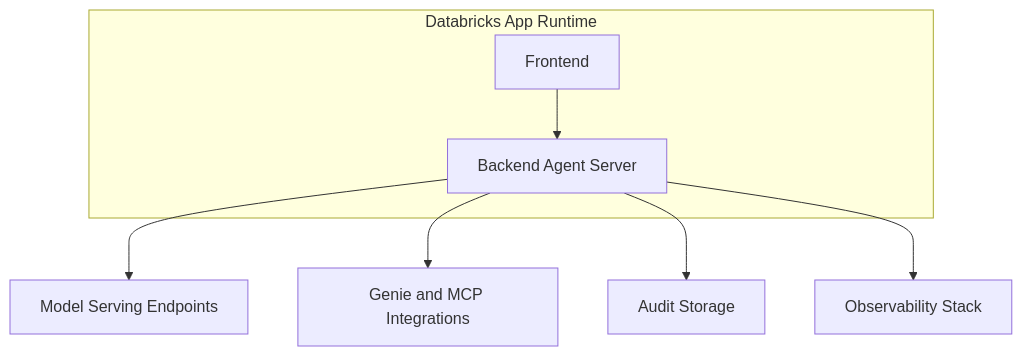
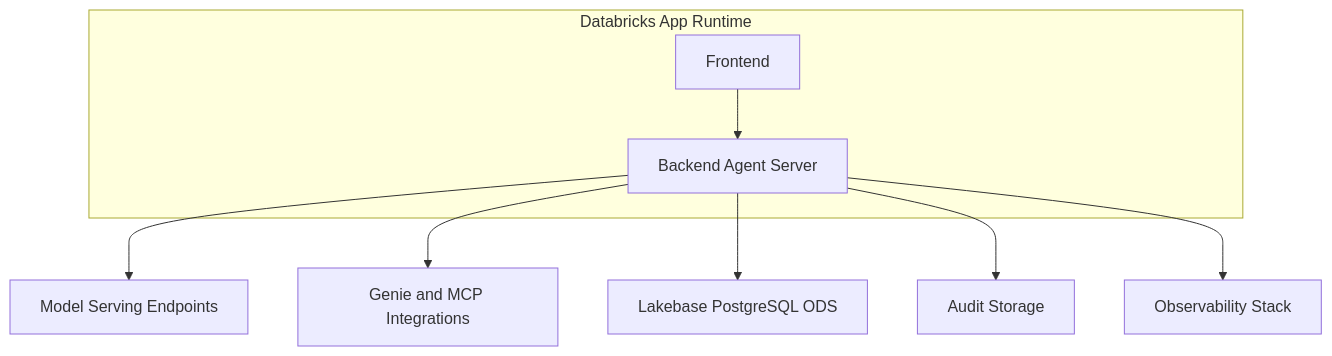
Before and after one commit to wchen-dea/Governed-Multi-Agent-Intelligence-on-Databricks: diagram 18 of 22 in docs/architecture/design-artifacts/00-architecture-board-review.md, drawn with Mermaid. The commit also changed other lines of this file and 9 other files, not shown here.

````diff
--- a/docs/architecture/design-artifacts/00-architecture-board-review.md
+++ b/docs/architecture/design-artifacts/00-architecture-board-review.md
@@ -320,13 +323,14 @@
 ```mermaid
 flowchart TB
     subgraph DatabricksApp[Databricks App Runtime]
         FE[Frontend]
         BE[Backend Agent Server]
     end
 
     FE --> BE
     BE --> MOD[Model Serving Endpoints]
     BE --> GEN[Genie and MCP Integrations]
+    BE --> LB[Lakebase PostgreSQL ODS]
     BE --> AUD[Audit Storage]
     BE --> OBS[Observability Stack]
 ```
````
